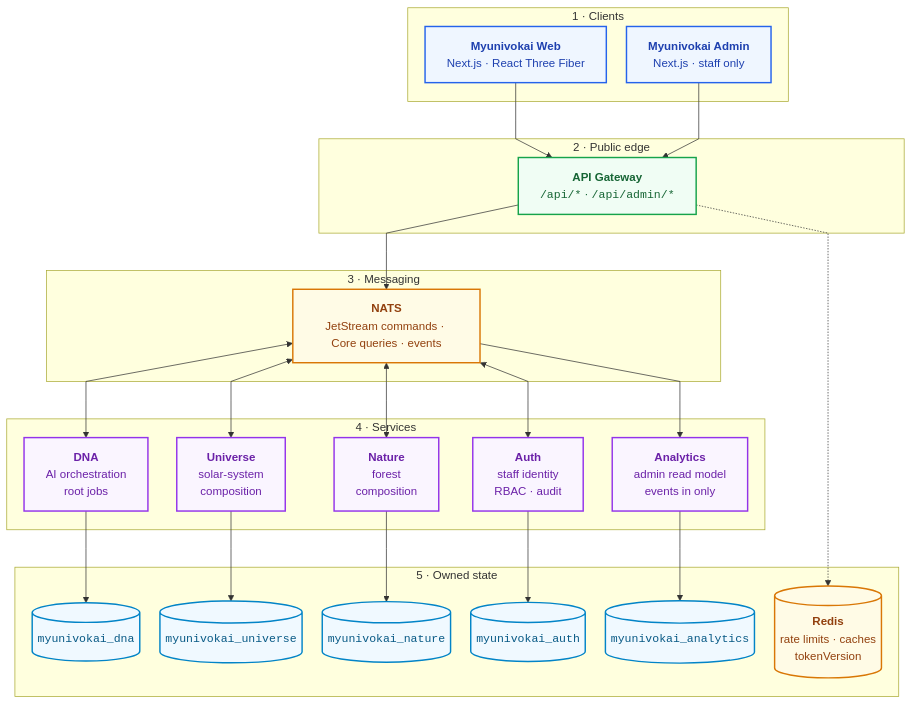
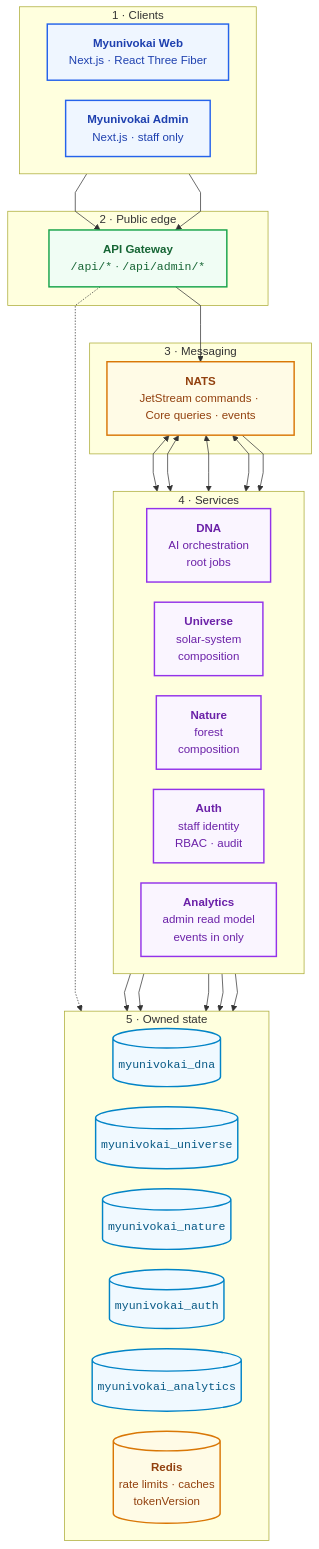
Before and after one commit to TuanTran0168/myunivokai: the first of 2 diagrams in README.md, drawn with Mermaid. The commit also changed other lines of this file and 1 other file, not shown here.

First line of the commit message:
[UPDATE][DOCS][feat/repo/analytics-depth-and-vercel-hygiene]: Stop the architecture diagram from stacking sideways, catch the frontend stack table two major versions behind, and record why account creation skips the invite flow

````diff
--- a/README.md
+++ b/README.md
@@ -17,57 +17,60 @@
 ```mermaid
 %%{init: {"flowchart": {"curve": "linear", "nodeSpacing": 28, "rankSpacing": 52}}}%%
 flowchart TB
   classDef clientStyle fill:#eff6ff,stroke:#2563eb,stroke-width:2px,color:#1e40af;
   classDef edgeStyle fill:#f0fdf4,stroke:#16a34a,stroke-width:2px,color:#166534;
   classDef infraStyle fill:#fffbe6,stroke:#d97706,stroke-width:2px,color:#92400e;
   classDef domainStyle fill:#faf5ff,stroke:#9333ea,stroke-width:2px,color:#6b21a8;
   classDef dbStyle fill:#f0f9ff,stroke:#0284c7,stroke-width:2px,color:#075985;
 
   subgraph L1 ["1 · Clients"]
+    direction LR
     web["<b>Myunivokai Web</b><br/>Next.js · React Three Fiber"]:::clientStyle
     admin["<b>Myunivokai Admin</b><br/>Next.js · staff only"]:::clientStyle
   end
 
   subgraph L2 ["2 · Public edge"]
     gateway["<b>API Gateway</b><br/><code>/api/*</code> · <code>/api/admin/*</code>"]:::edgeStyle
   end
 
   subgraph L3 ["3 · Messaging"]
     nats["<b>NATS</b><br/>JetStream commands · Core queries · events"]:::infraStyle
   end
 
   subgraph L4 ["4 · Services"]
+    direction LR
     dna["<b>DNA</b><br/>AI orchestration<br/>root jobs"]:::domainStyle
     universe["<b>Universe</b><br/>solar-system<br/>composition"]:::domainStyle
     nature["<b>Nature</b><br/>forest<br/>composition"]:::domainStyle
     auth["<b>Auth</b><br/>staff identity<br/>RBAC · audit"]:::domainStyle
     analytics["<b>Analytics</b><br/>admin read model<br/>events in only"]:::domainStyle
   end
 
   subgraph L5 ["5 · Owned state"]
+    direction LR
     dnaDatabase[("<code>myunivokai_dna</code>")]:::dbStyle
     universeDatabase[("<code>myunivokai_universe</code>")]:::dbStyle
     natureDatabase[("<code>myunivokai_nature</code>")]:::dbStyle
     authDatabase[("<code>myunivokai_auth</code>")]:::dbStyle
     analyticsDatabase[("<code>myunivokai_analytics</code>")]:::dbStyle
     redis[("<b>Redis</b><br/>rate limits · caches<br/>tokenVersion")]:::infraStyle
   end
 
   web --> gateway
   admin --> gateway
 
   gateway --> nats
   gateway -.-> redis
 
   nats <--> dna
   nats <--> universe
   nats <--> nature
   nats <--> auth
   nats --> analytics
 
   dna --> dnaDatabase
   universe --> universeDatabase
   nature --> natureDatabase
   auth --> authDatabase
   analytics --> analyticsDatabase
 ```
````
